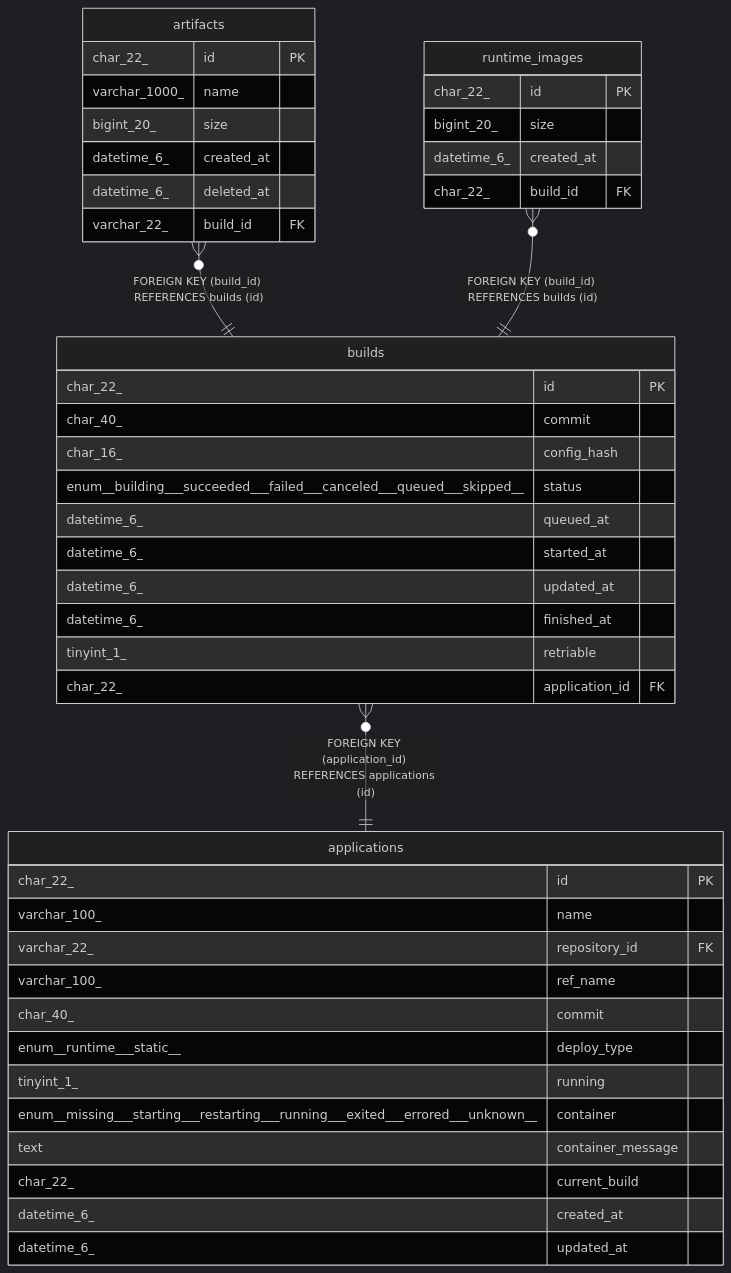
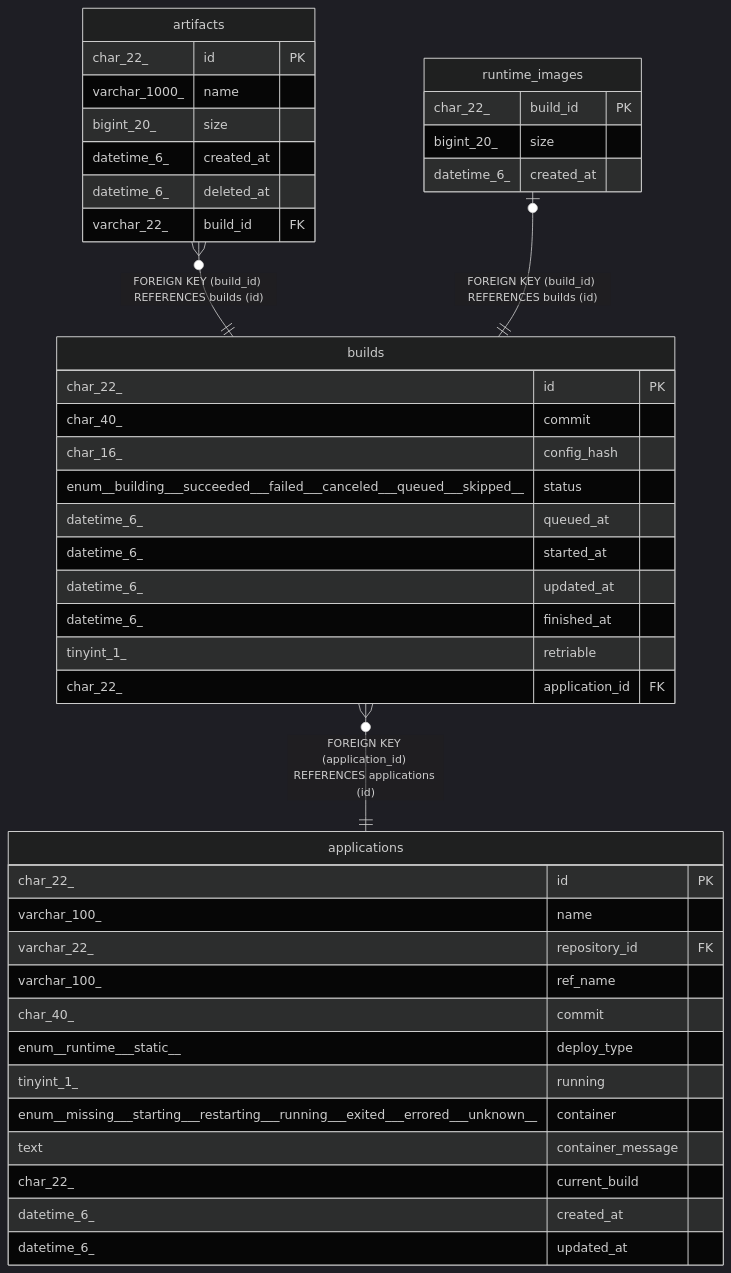
Before and after one commit to traPtitech/NeoShowcase: the diagram in docs/dbschema/builds.md, drawn with Mermaid (dark theme). The commit also changed 10 other files, not shown here.

Commit message:
remove `id` column from runtime_images table and make `build_id` the primary key

````diff
--- a/docs/dbschema/builds.md
+++ b/docs/dbschema/builds.md
@@ -63,48 +63,47 @@
 ```mermaid
 erDiagram
 
 "artifacts" }o--|| "builds" : "FOREIGN KEY (build_id) REFERENCES builds (id)"
-"runtime_images" }o--|| "builds" : "FOREIGN KEY (build_id) REFERENCES builds (id)"
+"runtime_images" |o--|| "builds" : "FOREIGN KEY (build_id) REFERENCES builds (id)"
 "builds" }o--|| "applications" : "FOREIGN KEY (application_id) REFERENCES applications (id)"
 
 "builds" {
   char_22_ id PK
   char_40_ commit
   char_16_ config_hash
   enum__building___succeeded___failed___canceled___queued___skipped__ status
   datetime_6_ queued_at
   datetime_6_ started_at
   datetime_6_ updated_at
   datetime_6_ finished_at
   tinyint_1_ retriable
   char_22_ application_id FK
 }
 "artifacts" {
   char_22_ id PK
   varchar_1000_ name
   bigint_20_ size
   datetime_6_ created_at
   datetime_6_ deleted_at
   varchar_22_ build_id FK
 }
 "runtime_images" {
-  char_22_ id PK
+  char_22_ build_id PK
   bigint_20_ size
   datetime_6_ created_at
-  char_22_ build_id FK
 }
 "applications" {
   char_22_ id PK
   varchar_100_ name
   varchar_22_ repository_id FK
   varchar_100_ ref_name
   char_40_ commit
   enum__runtime___static__ deploy_type
   tinyint_1_ running
   enum__missing___starting___restarting___running___exited___errored___unknown__ container
   text container_message
   char_22_ current_build
   datetime_6_ created_at
   datetime_6_ updated_at
 }
 ```
````
